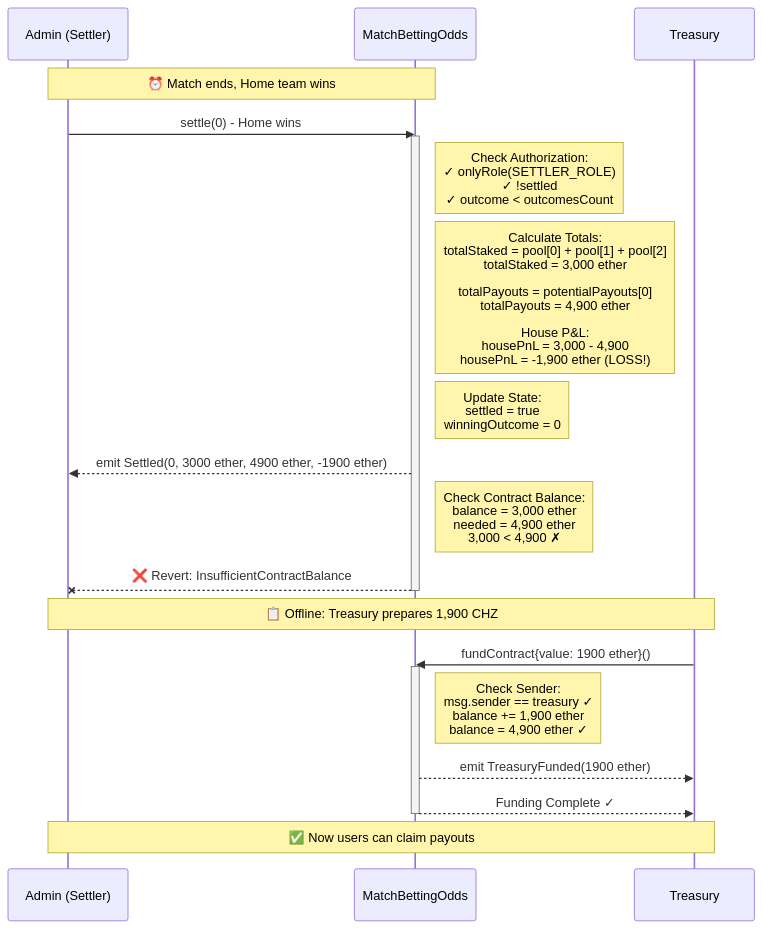
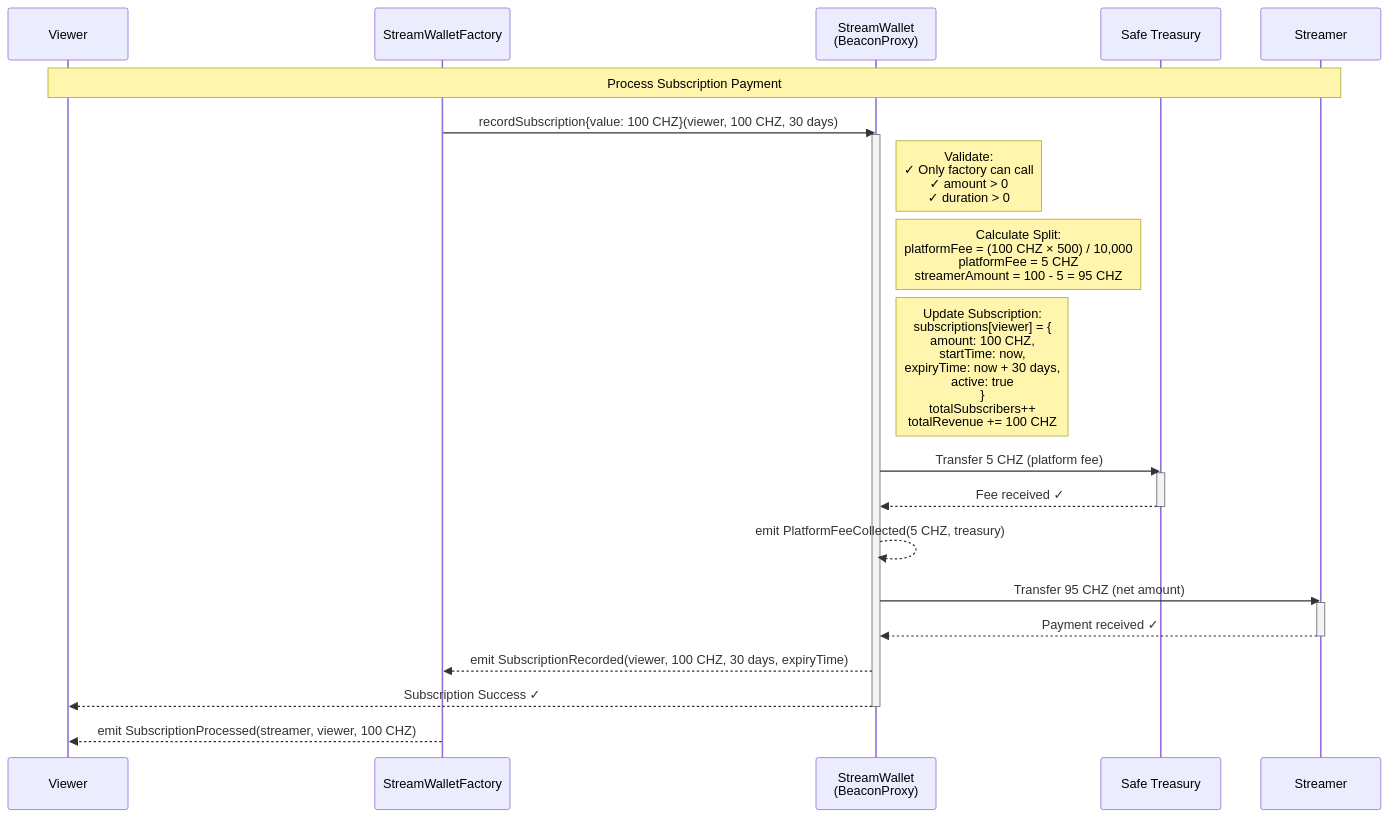
The seventh of 11 diagrams in SEQUENCE_DIAGRAM.md (ChilizTV/smart-contracts), drawn with Mermaid before and after one commit. The commit also changed other lines of this file and 25 other files, not shown here.

````diff
--- a/SEQUENCE_DIAGRAM.md
+++ b/SEQUENCE_DIAGRAM.md
@@ -277,37 +292,37 @@
 ```mermaid
 sequenceDiagram
-    participant Admin as Admin (Settler)
-    participant Contract as MatchBettingOdds
-    participant Treasury as Treasury
+    participant Viewer as Viewer
+    participant Factory as StreamWalletFactory
+    participant Wallet as StreamWallet<br/>(BeaconProxy)
+    participant Treasury as Safe Treasury
+    participant Streamer as Streamer
 
-    Note over Admin,Contract: ⏰ Match ends, Home team wins
+    Note over Viewer,Streamer: Process Subscription Payment
 
-    Admin->>Contract: settle(0) - Home wins
-    activate Contract
+    Factory->>Wallet: recordSubscription{value: 100 CHZ}(viewer, 100 CHZ, 30 days)
+    activate Wallet
     
-    Note right of Contract: Check Authorization:<br/>✓ onlyRole(SETTLER_ROLE)<br/>✓ !settled<br/>✓ outcome < outcomesCount
+    Note right of Wallet: Validate:<br/>✓ Only factory can call<br/>✓ amount > 0<br/>✓ duration > 0
     
-    Note right of Contract: Calculate Totals:<br/>totalStaked = pool[0] + pool[1] + pool[2]<br/>totalStaked = 3,000 ether<br/><br/>totalPayouts = potentialPayouts[0]<br/>totalPayouts = 4,900 ether<br/><br/>House P&L:<br/>housePnL = 3,000 - 4,900<br/>housePnL = -1,900 ether (LOSS!)
+    Note right of Wallet: Calculate Split:<br/>platformFee = (100 CHZ × 500) / 10,000<br/>platformFee = 5 CHZ<br/>streamerAmount = 100 - 5 = 95 CHZ
     
-    Note right of Contract: Update State:<br/>settled = true<br/>winningOutcome = 0
+    Note right of Wallet: Update Subscription:<br/>subscriptions[viewer] = {<br/>  amount: 100 CHZ,<br/>  startTime: now,<br/>  expiryTime: now + 30 days,<br/>  active: true<br/>}<br/>totalSubscribers++<br/>totalRevenue += 100 CHZ
     
-    Contract-->>Admin: emit Settled(0, 3000 ether, 4900 ether, -1900 ether)
+    Wallet->>Treasury: Transfer 5 CHZ (platform fee)
+    activate Treasury
+    Treasury-->>Wallet: Fee received ✓
+    deactivate Treasury
     
-    Note right of Contract: Check Contract Balance:<br/>balance = 3,000 ether<br/>needed = 4,900 ether<br/>3,000 < 4,900 ✗
+    Wallet-->>Wallet: emit PlatformFeeCollected(5 CHZ, treasury)
     
-    Contract--XAdmin: ❌ Revert: InsufficientContractBalance
-    deactivate Contract
+    Wallet->>Streamer: Transfer 95 CHZ (net amount)
+    activate Streamer
+    Streamer-->>Wallet: Payment received ✓
+    deactivate Streamer
     
-    Note over Admin,Treasury: 📋 Offline: Treasury prepares 1,900 CHZ
-
-    Treasury->>Contract: fundContract{value: 1900 ether}()
-    activate Contract
+    Wallet-->>Factory: emit SubscriptionRecorded(viewer, 100 CHZ, 30 days, expiryTime)
+    Wallet-->>Viewer: Subscription Success ✓
+    deactivate Wallet
     
-    Note right of Contract: Check Sender:<br/>msg.sender == treasury ✓<br/>balance += 1,900 ether<br/>balance = 4,900 ether ✓
-    
-    Contract-->>Treasury: emit TreasuryFunded(1900 ether)
-    Contract-->>Treasury: Funding Complete ✓
-    deactivate Contract
-    
-    Note over Admin,Treasury: ✅ Now users can claim payouts
+    Factory-->>Viewer: emit SubscriptionProcessed(streamer, viewer, 100 CHZ)
 ```
````
